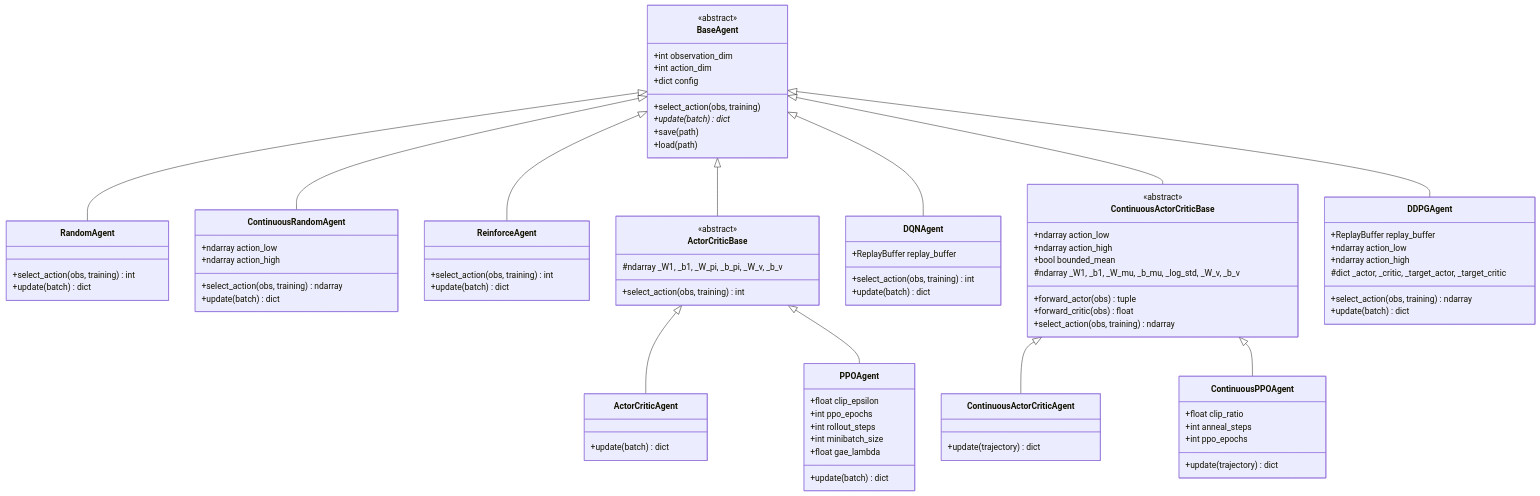
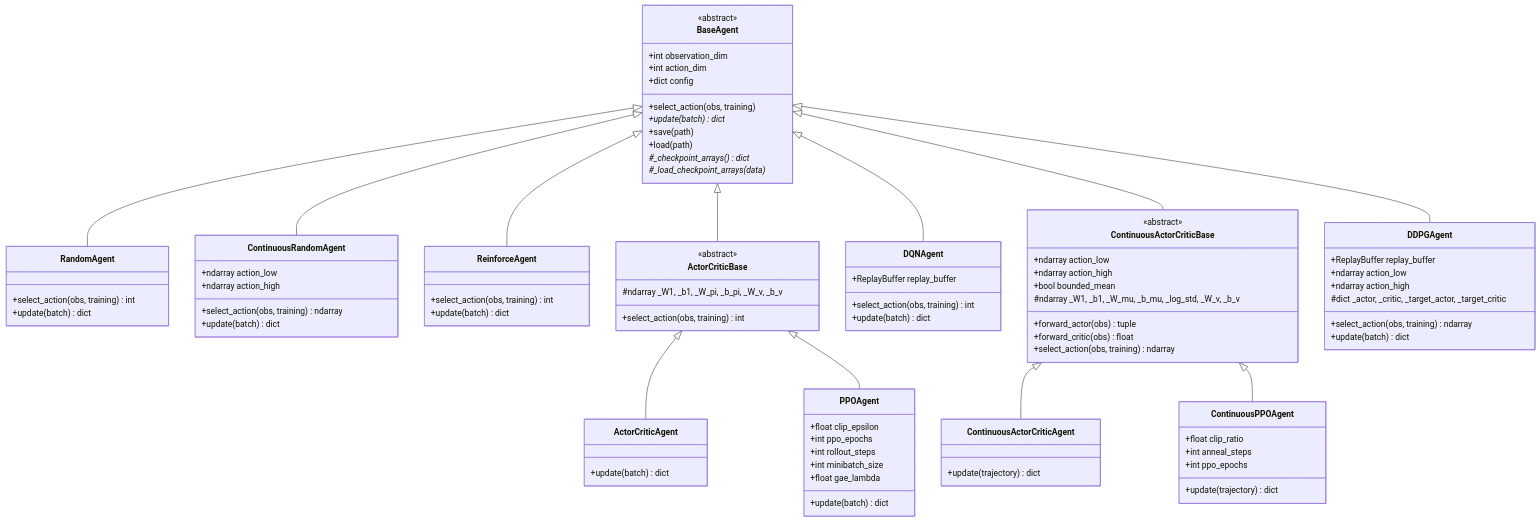
The second of 3 diagrams in ARCHITECTURE.md (andreijw/AI), drawn with Mermaid before and after one commit. The commit also changed other lines of this file and 32 other files, not shown here.

```diff
--- a/ARCHITECTURE.md
+++ b/ARCHITECTURE.md
@@ -144,6 +144,8 @@
         +update(batch)* dict
         +save(path)
         +load(path)
+        #_checkpoint_arrays()* dict
+        #_load_checkpoint_arrays(data)*
     }
 
     class RandomAgent {
```
